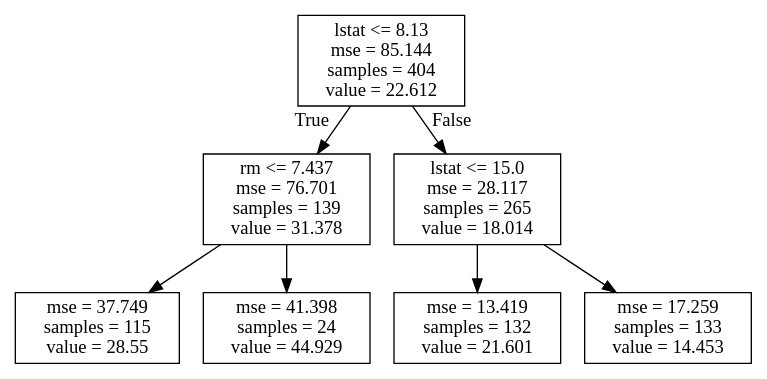
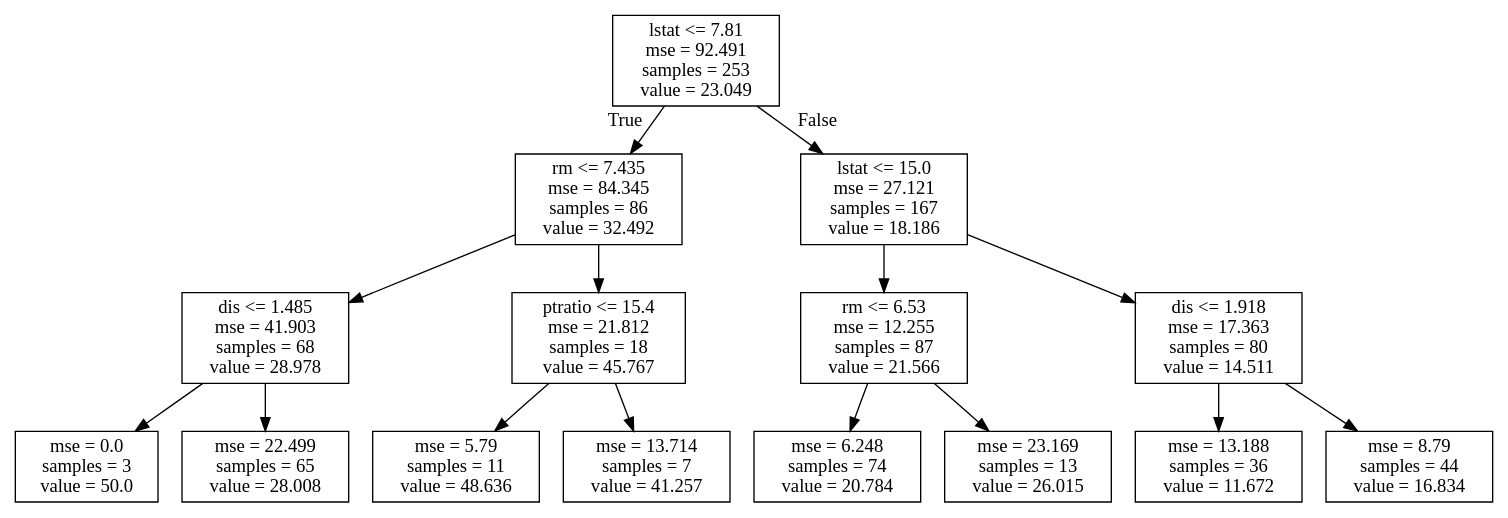
Before and after one commit to silviapalves/An-Introduction-to-Statistical-Learning: the diagram in boston_tree.dot, drawn with Graphviz. The commit also changed 2 other files, not shown here.

```diff
--- a/boston_tree.dot
+++ b/boston_tree.dot
@@ -1,16 +1,32 @@
 digraph Tree {
 node [shape=box] ;
-0 [label="lstat <= 8.13\nmse = 85.144\nsamples = 404\nvalue = 22.612"] ;
-1 [label="rm <= 7.437\nmse = 76.701\nsamples = 139\nvalue = 31.378"] ;
+0 [label="lstat <= 7.81\nmse = 92.491\nsamples = 253\nvalue = 23.049"] ;
+1 [label="rm <= 7.435\nmse = 84.345\nsamples = 86\nvalue = 32.492"] ;
 0 -> 1 [labeldistance=2.5, labelangle=45, headlabel="True"] ;
-2 [label="mse = 37.749\nsamples = 115\nvalue = 28.55"] ;
+2 [label="dis <= 1.485\nmse = 41.903\nsamples = 68\nvalue = 28.978"] ;
 1 -> 2 ;
-3 [label="mse = 41.398\nsamples = 24\nvalue = 44.929"] ;
-1 -> 3 ;
-4 [label="lstat <= 15.0\nmse = 28.117\nsamples = 265\nvalue = 18.014"] ;
-0 -> 4 [labeldistance=2.5, labelangle=-45, headlabel="False"] ;
-5 [label="mse = 13.419\nsamples = 132\nvalue = 21.601"] ;
-4 -> 5 ;
-6 [label="mse = 17.259\nsamples = 133\nvalue = 14.453"] ;
-4 -> 6 ;
+3 [label="mse = 0.0\nsamples = 3\nvalue = 50.0"] ;
+2 -> 3 ;
+4 [label="mse = 22.499\nsamples = 65\nvalue = 28.008"] ;
+2 -> 4 ;
+5 [label="ptratio <= 15.4\nmse = 21.812\nsamples = 18\nvalue = 45.767"] ;
+1 -> 5 ;
+6 [label="mse = 5.79\nsamples = 11\nvalue = 48.636"] ;
+5 -> 6 ;
+7 [label="mse = 13.714\nsamples = 7\nvalue = 41.257"] ;
+5 -> 7 ;
+8 [label="lstat <= 15.0\nmse = 27.121\nsamples = 167\nvalue = 18.186"] ;
+0 -> 8 [labeldistance=2.5, labelangle=-45, headlabel="False"] ;
+9 [label="rm <= 6.53\nmse = 12.255\nsamples = 87\nvalue = 21.566"] ;
+8 -> 9 ;
+10 [label="mse = 6.248\nsamples = 74\nvalue = 20.784"] ;
+9 -> 10 ;
+11 [label="mse = 23.169\nsamples = 13\nvalue = 26.015"] ;
+9 -> 11 ;
+12 [label="dis <= 1.918\nmse = 17.363\nsamples = 80\nvalue = 14.511"] ;
+8 -> 12 ;
+13 [label="mse = 13.188\nsamples = 36\nvalue = 11.672"] ;
+12 -> 13 ;
+14 [label="mse = 8.79\nsamples = 44\nvalue = 16.834"] ;
+12 -> 14 ;
 }
```
